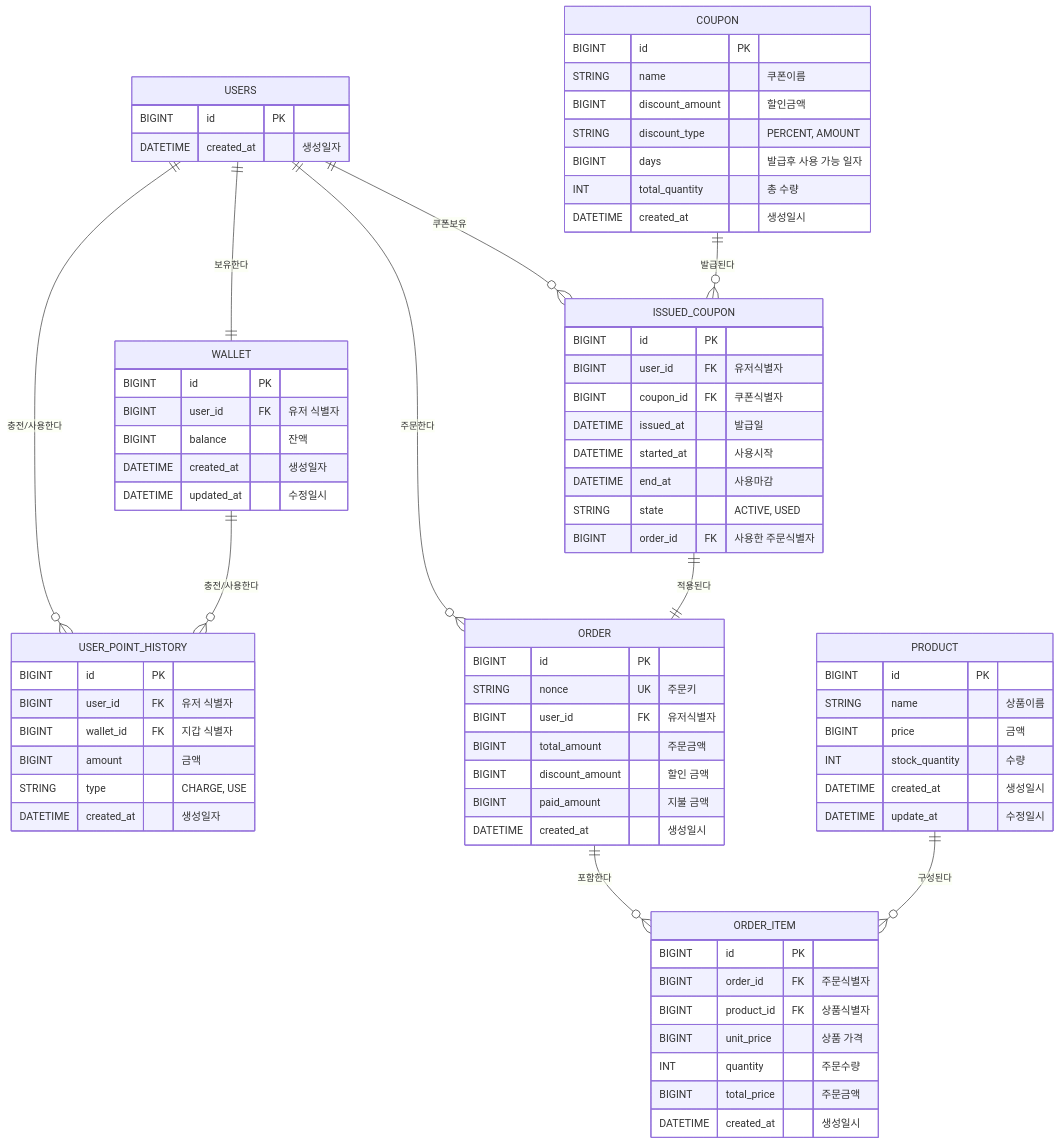
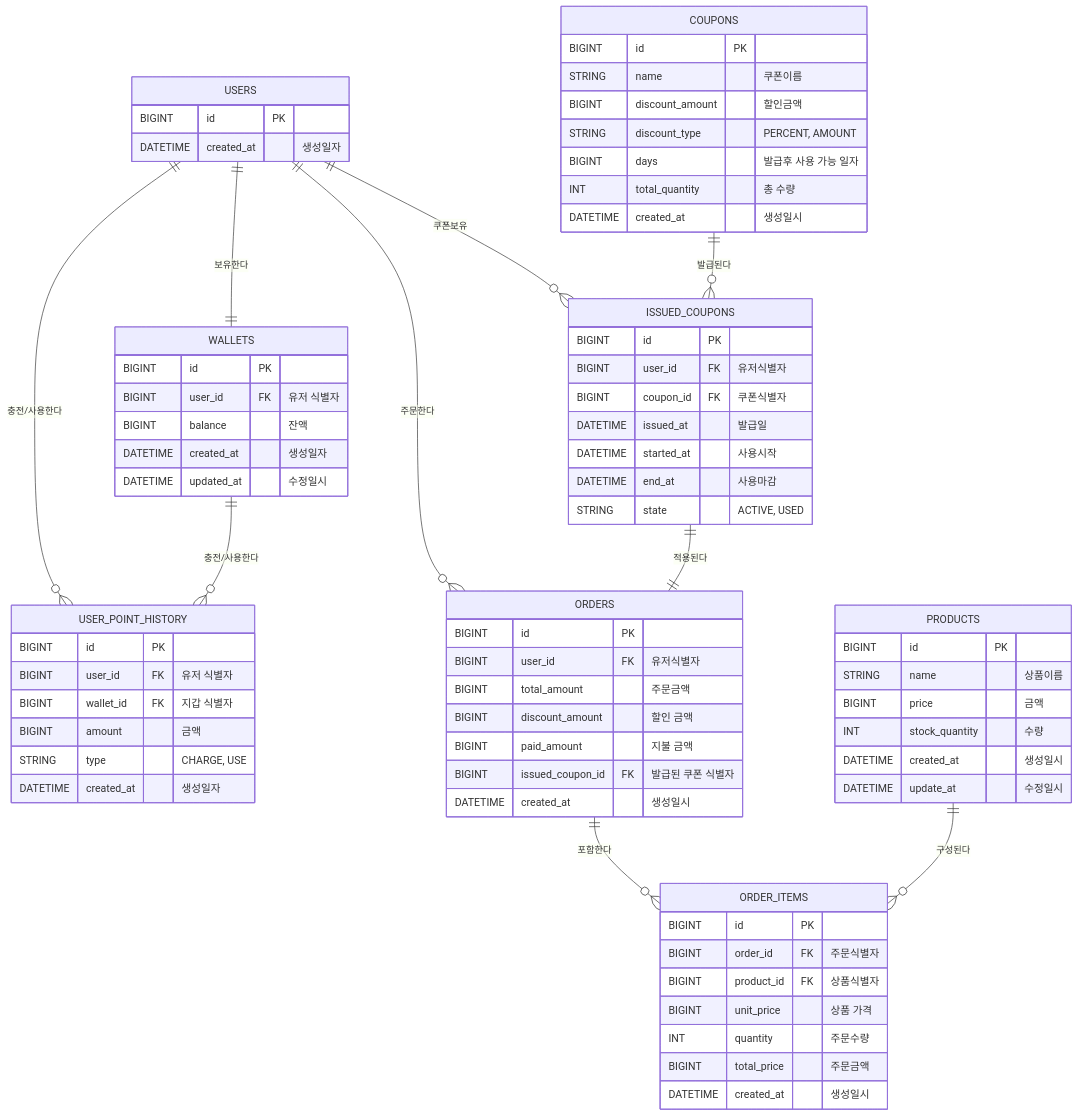
One commit to HyunJng/e-commerce changed the diagram in docs/erd-diagram.md. Above: the diagram before and after it, drawn with Mermaid. The commit also changed other lines of this file and 6 other files, not shown here.

````diff
--- a/docs/erd-diagram.md
+++ b/docs/erd-diagram.md
@@ -5,7 +8,7 @@
         DATETIME created_at "생성일자"
     }
 
-    WALLET {
+    WALLETS {
         BIGINT id PK
         BIGINT user_id FK "유저 식별자"
         BIGINT balance "잔액"
@@ -22,7 +25,7 @@
         DATETIME created_at "생성일자"
     }
 
-    PRODUCT {
+    PRODUCTS {
         BIGINT id PK
         STRING name "상품이름"
         BIGINT price "금액"
@@ -31,17 +34,17 @@
         DATETIME update_at "수정일시"
     }
 
-    ORDER {
+    ORDERS {
         BIGINT id PK
-        STRING nonce UK "주문키"
         BIGINT user_id FK "유저식별자"
         BIGINT total_amount "주문금액"
         BIGINT discount_amount "할인 금액"
         BIGINT paid_amount "지불 금액"
+        BIGINT issued_coupon_id FK "발급된 쿠폰 식별자"
         DATETIME created_at "생성일시"
     }
 
-    ORDER_ITEM {
+    ORDER_ITEMS {
         BIGINT id PK
         BIGINT order_id FK "주문식별자"
         BIGINT product_id FK "상품식별자"
@@ -51,7 +54,7 @@
         DATETIME created_at "생성일시"
     }
 
-    COUPON {
+    COUPONS {
         BIGINT id PK
         STRING name "쿠폰이름"
         BIGINT discount_amount "할인금액"
@@ -61,7 +64,7 @@
         DATETIME created_at "생성일시"
     }
 
-    ISSUED_COUPON {
+    ISSUED_COUPONS {
         BIGINT id PK
         BIGINT user_id FK "유저식별자"
         BIGINT coupon_id FK "쿠폰식별자"
@@ -69,19 +72,18 @@
         DATETIME started_at "사용시작"
         DATETIME end_at "사용마감"
         STRING state "ACTIVE, USED"
-        BIGINT order_id FK "사용한 주문식별자"
     }
 
 %% 관계 정의
-    USERS ||--|| WALLET : "보유한다"
-    USERS ||--o{ ORDER : "주문한다"
+    USERS ||--|| WALLETS : "보유한다"
+    USERS ||--o{ ORDERS : "주문한다"
     USERS ||--o{ USER_POINT_HISTORY : "충전/사용한다"
-    WALLET ||--o{ USER_POINT_HISTORY : "충전/사용한다"
-    USERS ||--o{ ISSUED_COUPON : "쿠폰보유"
+    WALLETS ||--o{ USER_POINT_HISTORY : "충전/사용한다"
+    USERS ||--o{ ISSUED_COUPONS : "쿠폰보유"
 
-    ORDER ||--o{ ORDER_ITEM : "포함한다"
-    PRODUCT ||--o{ ORDER_ITEM : "구성된다"
+    ORDERS ||--o{ ORDER_ITEMS : "포함한다"
+    PRODUCTS ||--o{ ORDER_ITEMS : "구성된다"
 
-    COUPON ||--o{ ISSUED_COUPON : "발급된다"
-    ISSUED_COUPON ||--|| ORDER : "적용된다"
+    COUPONS ||--o{ ISSUED_COUPONS : "발급된다"
+    ISSUED_COUPONS ||--|| ORDERS : "적용된다"
 ```
````
